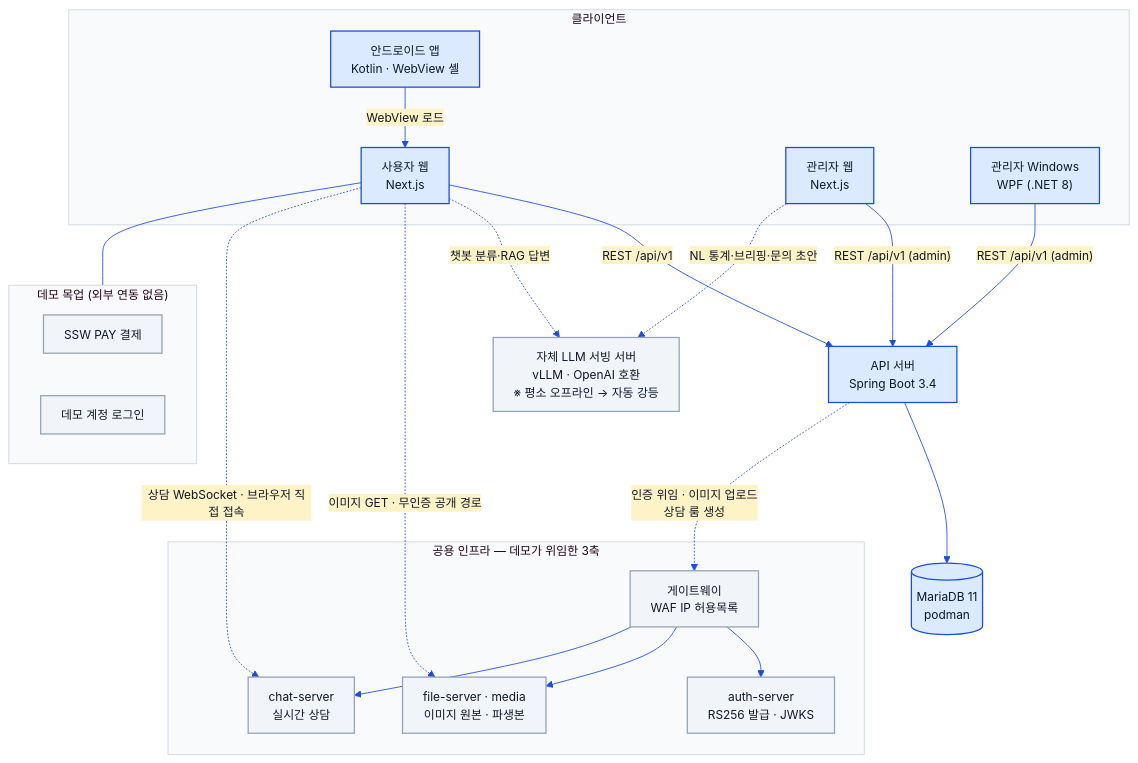
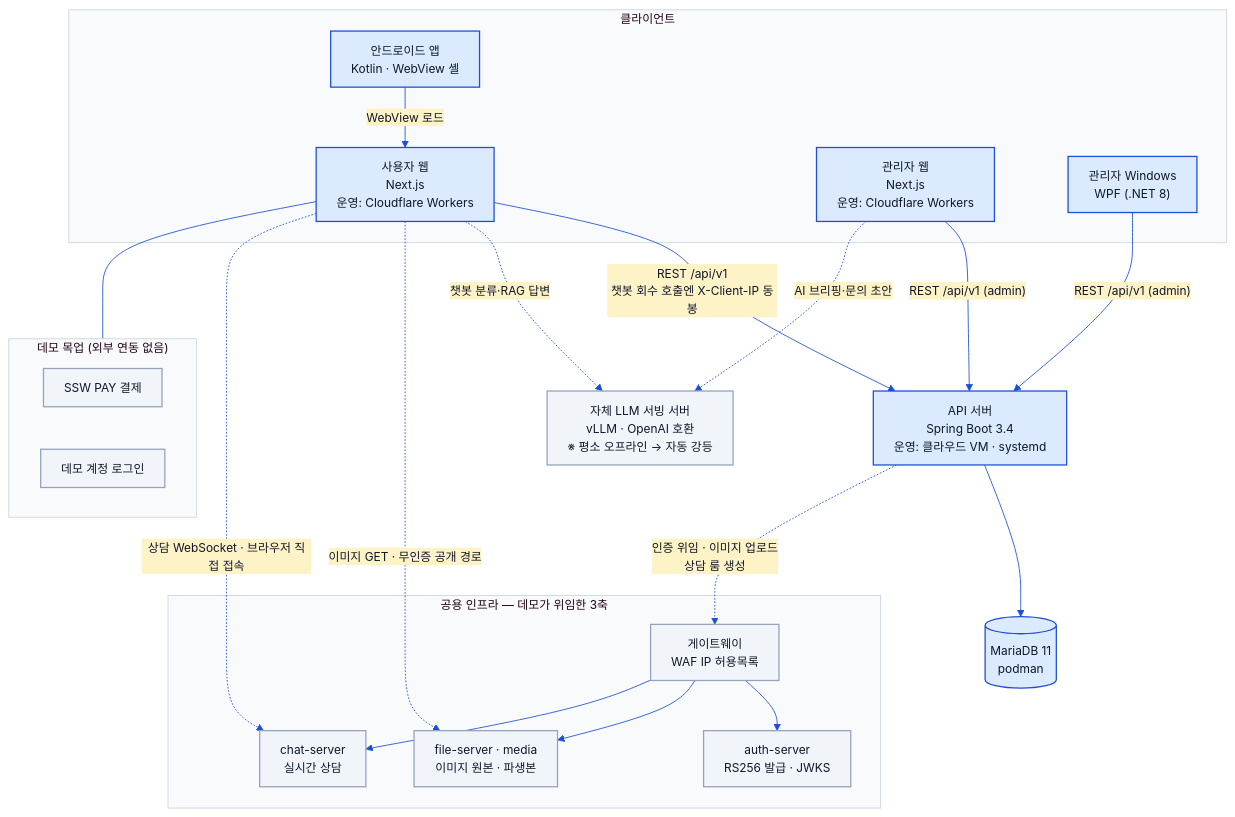
One commit to s-work-agency/ssw-e-commerce-demo-public changed the first of 2 diagrams in docs/architecture/01-system-architecture.md. Above: the diagram before and after it, drawn with Mermaid. The commit also changed other lines of this file and 11 other files, not shown here.

````diff
--- a/docs/architecture/01-system-architecture.md
+++ b/docs/architecture/01-system-architecture.md
@@ -13,49 +14,49 @@
 ```mermaid
 %%{init: {"theme":"base","fontFamily":"Pretendard, Malgun Gothic, sans-serif","themeVariables":{"fontSize":"14px","primaryColor":"#DBEAFE","primaryBorderColor":"#1D4ED8","primaryTextColor":"#0F172A","lineColor":"#1D4ED8","secondaryColor":"#FEF3C7","tertiaryColor":"#DCFCE7","clusterBkg":"#F8FAFC","clusterBorder":"#CBD5E1","noteBkgColor":"#FEF3C7","noteBorderColor":"#D97706","actorBkg":"#DBEAFE","actorBorder":"#1D4ED8","actorTextColor":"#0F172A","signalColor":"#1D4ED8","signalTextColor":"#0F172A","labelBoxBkgColor":"#DBEAFE","labelBoxBorderColor":"#1D4ED8","altSectionBkgColor":"#F8FAFC"},"flowchart":{"curve":"basis","htmlLabels":true,"padding":12}}}%%
 %% 공통 브랜드 테마 — architecture/*.md 전 다이어그램에 동일한 init 블록이 들어간다. 색을 바꿀 때는 이 폴더 전 파일을 일괄 치환할 것.
 graph TB
     subgraph clients["클라이언트"]
         android["안드로이드 앱<br/>Kotlin · WebView 셸"]
-        web["사용자 웹<br/>Next.js"]
-        adminweb["관리자 웹<br/>Next.js"]
+        web["사용자 웹<br/>Next.js<br/>운영: Cloudflare Workers"]
+        adminweb["관리자 웹<br/>Next.js<br/>운영: Cloudflare Workers"]
         wpf["관리자 Windows<br/>WPF (.NET 8)"]
     end
 
-    server["API 서버<br/>Spring Boot 3.4"]
+    server["API 서버<br/>Spring Boot 3.4<br/>운영: 클라우드 VM · systemd"]
     db[("MariaDB 11<br/>podman")]
     llm["자체 LLM 서빙 서버<br/>vLLM · OpenAI 호환<br/>※ 평소 오프라인 → 자동 강등"]
 
     subgraph infra["공용 인프라 — 데모가 위임한 3축"]
         gw["게이트웨이<br/>WAF IP 허용목록"]
         auth["auth-server<br/>RS256 발급 · JWKS"]
         file["file-server · media<br/>이미지 원본 · 파생본"]
         chat["chat-server<br/>실시간 상담"]
         gw --> auth
         gw --> file
         gw --> chat
     end
 
     android -->|"WebView 로드"| web
-    web -->|"REST /api/v1"| server
+    web -->|"REST /api/v1<br/>챗봇 회수 호출엔 X-Client-IP 동봉"| server
     adminweb -->|"REST /api/v1 (admin)"| server
     wpf -->|"REST /api/v1 (admin)"| server
     server --> db
 
     web -.->|"챗봇 분류·RAG 답변"| llm
-    adminweb -.->|"NL 통계·브리핑·문의 초안"| llm
+    adminweb -.->|"AI 브리핑·문의 초안"| llm
 
     server -.->|"인증 위임 · 이미지 업로드<br/>상담 룸 생성"| gw
     web -.->|"이미지 GET · 무인증 공개 경로"| file
     web -.->|"상담 WebSocket · 브라우저 직접 접속"| chat
 
     subgraph mocks["데모 목업 (외부 연동 없음)"]
         pay["SSW PAY 결제"]
         login["데모 계정 로그인"]
     end
     web --- mocks
 
     classDef step fill:#DBEAFE,stroke:#1D4ED8,stroke-width:1.5px,color:#0F172A
     classDef ext fill:#F1F5F9,stroke:#94A3B8,stroke-width:1.5px,color:#0F172A
     class android,web,adminweb,wpf,server,db step
     class gw,auth,file,chat,llm,pay,login ext
 ```
````
